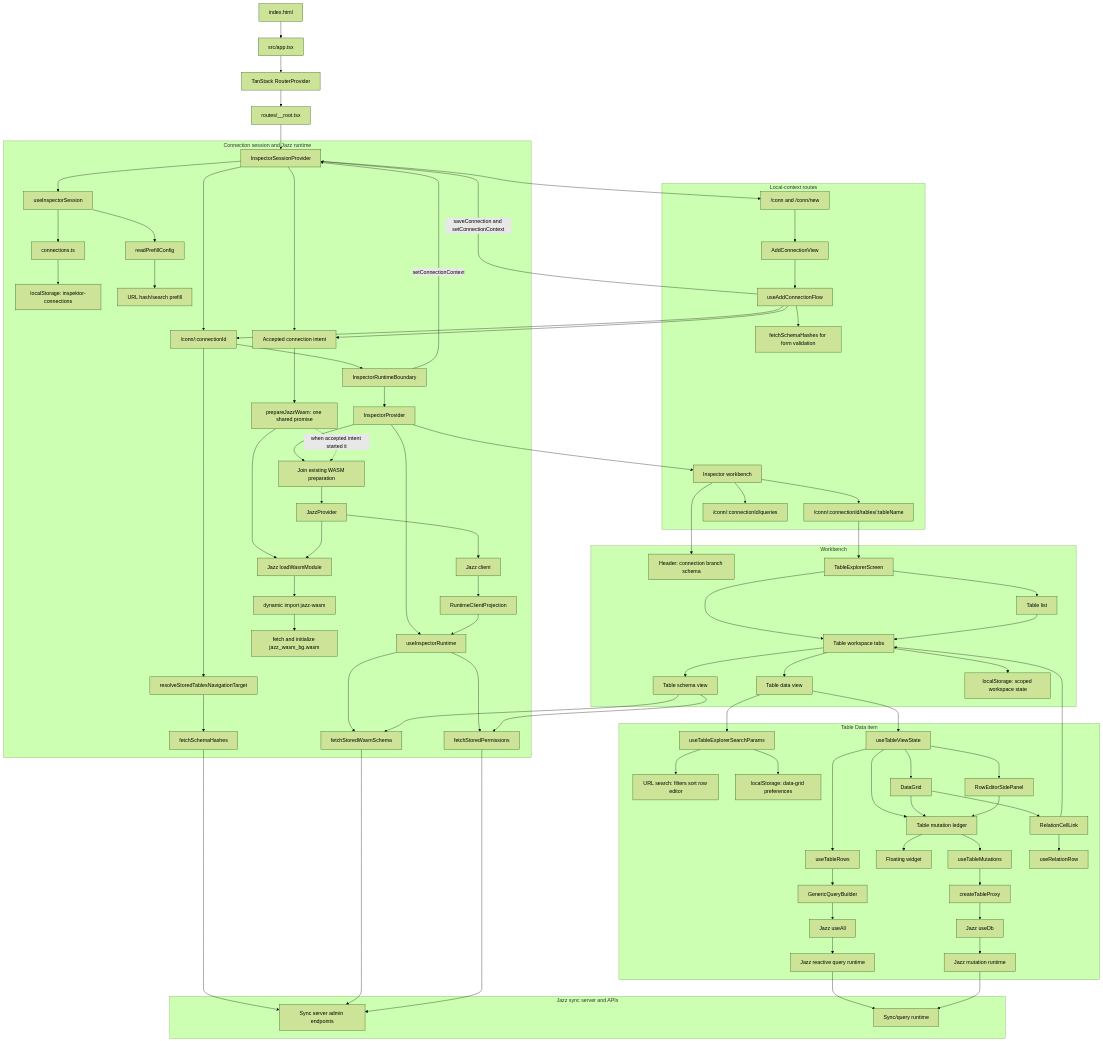
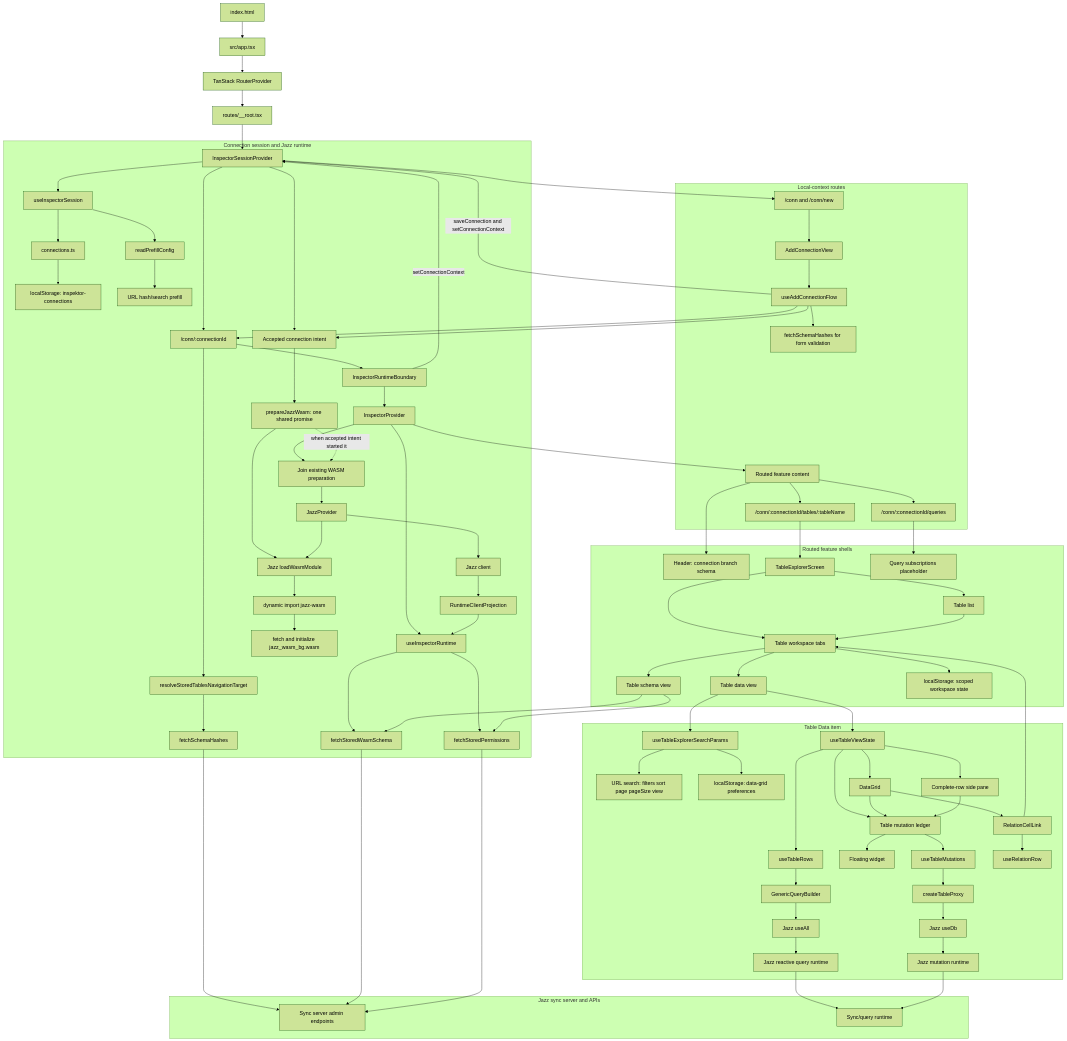
Before and after one commit to cleminso/inspektor: the diagram in docs/design-document.md, drawn with Mermaid (forest theme). The commit also changed other lines of this file, not shown here.

```diff
--- a/docs/design-document.md
+++ b/docs/design-document.md
@@ -127,7 +127,7 @@
       RuntimeProjection --> Runtime
     end
 
-    InspectorProvider --> Workbench["Inspector workbench"]
+    InspectorProvider --> RoutedFeatures["Routed feature content"]
 
     subgraph RoutesGroup["Local-context routes"]
       SessionProvider --> Connections["/conn and /conn/new"]
@@ -138,12 +138,12 @@
       AddConnectionFlow --> AcceptedIntent
       AddConnectionFlow --> ConnectionRoute
 
-      Workbench --> TablesRoute["/conn/:connectionId/tables/:tableName"]
-      Workbench --> QueryRoute["/conn/:connectionId/queries"]
+      RoutedFeatures --> TablesRoute["/conn/:connectionId/tables/:tableName"]
+      RoutedFeatures --> QueryRoute["/conn/:connectionId/queries"]
     end
 
-    subgraph WorkbenchFlow["Workbench"]
-      Workbench --> Header["Header: connection branch schema"]
+    subgraph WorkbenchFlow["Routed feature shells"]
+      RoutedFeatures --> Header["Header: connection branch schema"]
       TablesRoute --> TableExplorer["TableExplorerScreen"]
       TableExplorer --> TablesNavigator["Table list"]
       TableExplorer --> WorkspaceItems["Table workspace tabs"]
@@ -151,11 +151,12 @@
       WorkspaceItems --> SchemaItem["Table schema view"]
       WorkspaceItems --> WorkspaceStorage["localStorage: scoped workspace state"]
       TablesNavigator --> WorkspaceItems
+      QueryRoute --> QueryPlaceholder["Query subscriptions placeholder"]
     end
 
     subgraph TableExplorerFlow["Table Data item"]
       DataItem --> SearchParams["useTableExplorerSearchParams"]
-      SearchParams --> UrlSearch["URL search: filters sort row editor"]
+      SearchParams --> UrlSearch["URL search: filters sort page pageSize view"]
       SearchParams --> TableStorage["localStorage: data-grid preferences"]
 
       DataItem --> DataState["useTableViewState"]
@@ -165,7 +166,7 @@
       UseAll --> ReactiveRuntime["Jazz reactive query runtime"]
 
       DataState --> DataGrid["DataGrid"]
-      DataState --> RowEditor["RowEditorSidePanel"]
+      DataState --> RowEditor["Complete-row side pane"]
       DataState --> MutationLedger["Table mutation ledger"]
       DataGrid --> MutationLedger
       RowEditor --> MutationLedger
```
